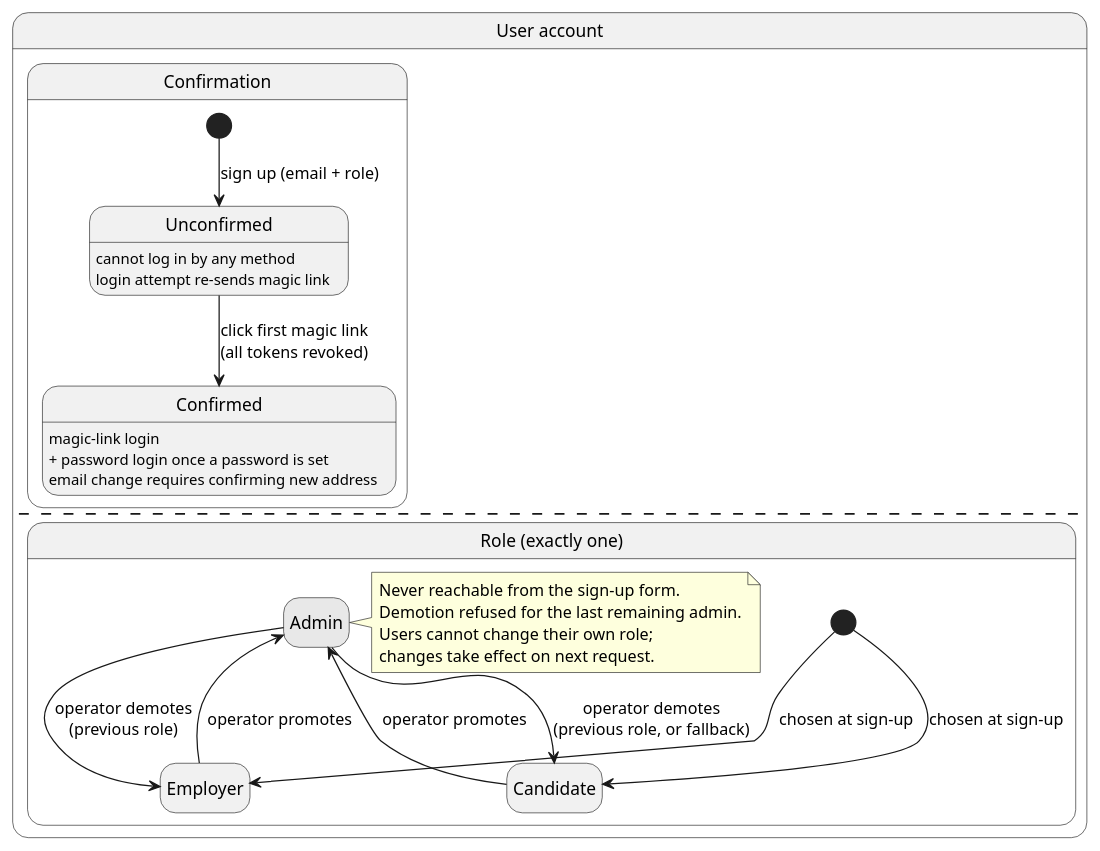
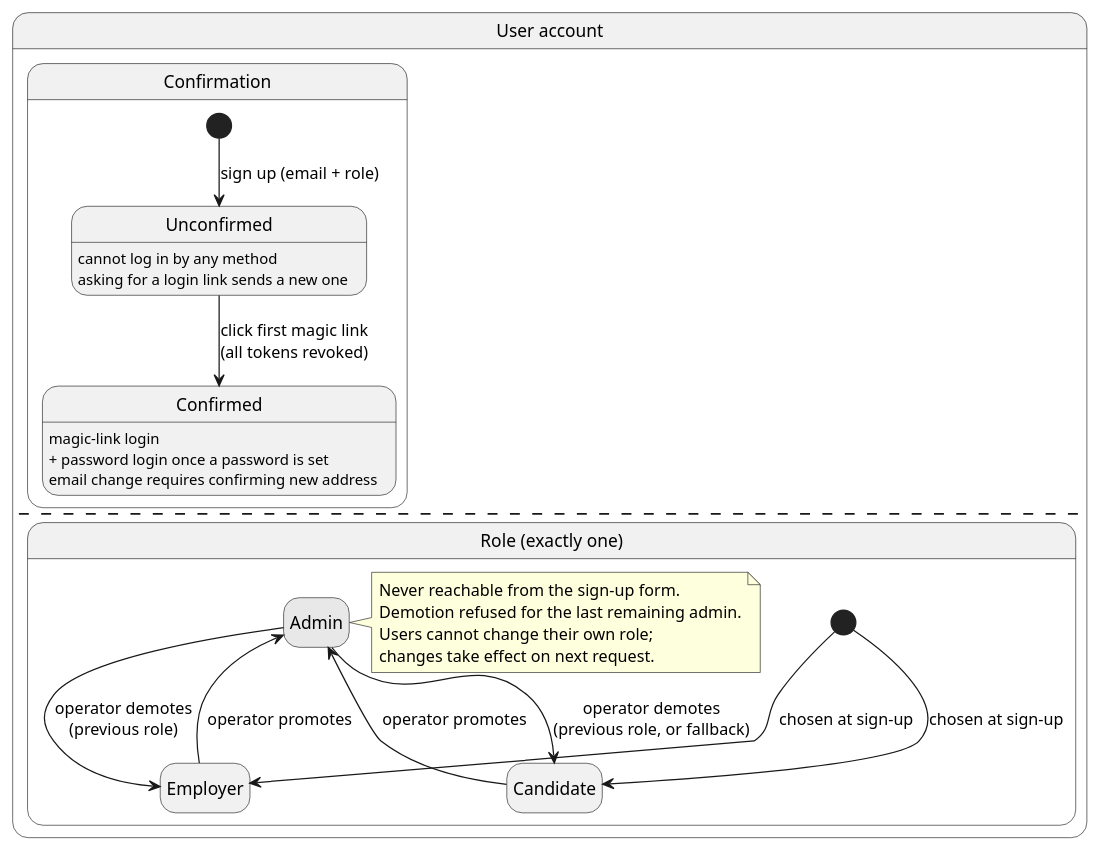
The diagram in docs/specs/001-accounts-authentication/diagrams/state-account.puml (raseniero/jairojobs-elixir), drawn with PlantUML before and after one commit. The commit also changed 7 other files, not shown here.

```diff
--- a/docs/specs/001-accounts-authentication/diagrams/state-account.puml
+++ b/docs/specs/001-accounts-authentication/diagrams/state-account.puml
@@ -1,44 +1,44 @@
 @startuml state-account
 ' Spec 001 — account lifecycle. Two independent aspects of a user:
 '   (1) confirmation state   (2) role
 ' Must agree with REQ-001-2, REQ-001-3, REQ-001-9, REQ-001-10, REQ-001-11.
 
 hide empty description
 skinparam state {
   BackgroundColor<<admin>> #E8E8E8
 }
 
 state "User account" as Account {
   state "Confirmation" as Conf {
     [*] --> Unconfirmed : sign up (email + role)
     Unconfirmed : cannot log in by any method
-    Unconfirmed : login attempt re-sends magic link
+    Unconfirmed : asking for a login link sends a new one
     Unconfirmed --> Confirmed : click first magic link\n(all tokens revoked)
     Confirmed : magic-link login
     Confirmed : + password login once a password is set
     Confirmed : email change requires confirming new address
   }
   --
   state "Role (exactly one)" as Role {
     state Candidate
     state Employer
     state Admin <<admin>>
 
     [*] --> Candidate : chosen at sign-up
     [*] --> Employer : chosen at sign-up
 
     Candidate --> Admin : operator promotes
     Employer --> Admin : operator promotes
     Admin --> Candidate : operator demotes\n(previous role, or fallback)
     Admin --> Employer : operator demotes\n(previous role)
 
     note right of Admin
       Never reachable from the sign-up form.
       Demotion refused for the last remaining admin.
       Users cannot change their own role;
       changes take effect on next request.
     end note
   }
 }
 
 @enduml
```
